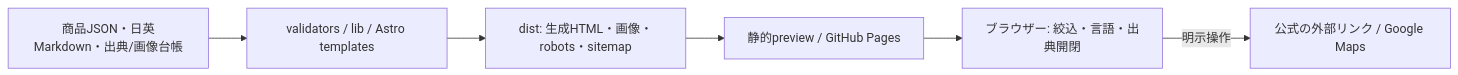
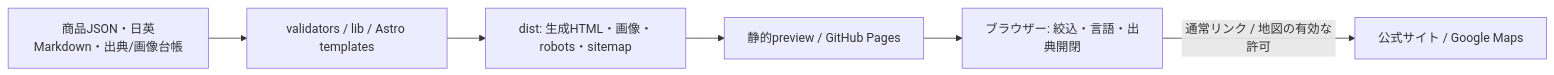
One commit to rozawa619/japanese-craft-jewelry changed the diagram in docs/architecture.md. Above: the diagram before and after it, drawn with Mermaid. The commit also changed other lines of this file and 77 other files, not shown here.

````diff
--- a/docs/architecture.md
+++ b/docs/architecture.md
@@ -13,8 +14,8 @@
 ```mermaid
 flowchart LR
   A["商品JSON・日英Markdown・出典/画像台帳"] --> B["validators / lib / Astro templates"]
   B --> C["dist: 生成HTML・画像・robots・sitemap"]
   C --> D["静的preview / GitHub Pages"]
   D --> E["ブラウザー: 絞込・言語・出典開閉"]
-  E -->|"明示操作"| F["公式の外部リンク / Google Maps"]
+  E -->|"通常リンク / 地図の有効な許可"| F["公式サイト / Google Maps"]
 ```
````
